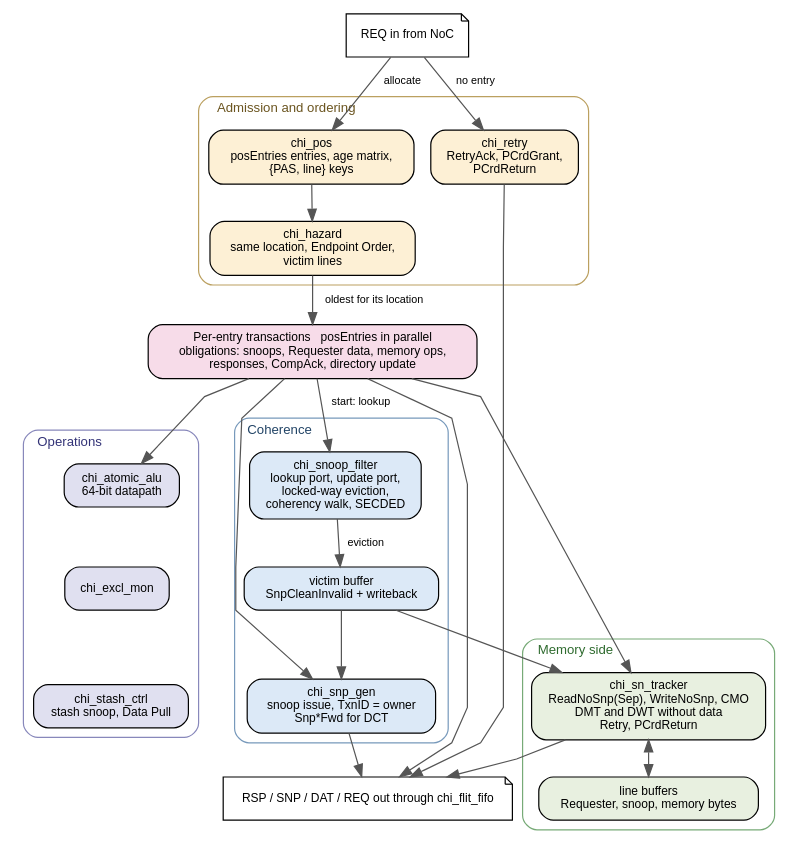
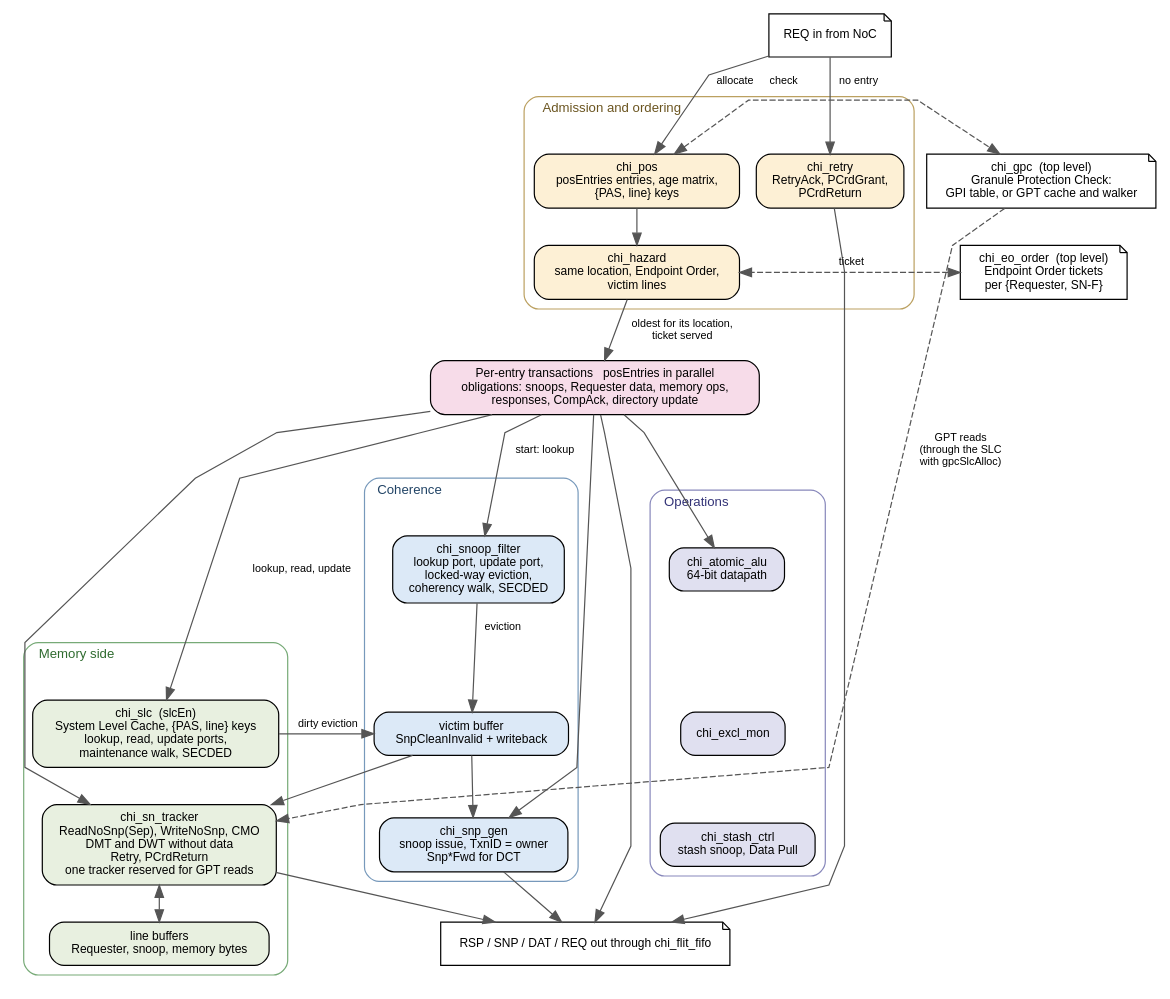
One commit to Swasthikkamath/chi_rtl changed the diagram in doc-src/figures/chi_hnf.dot. Above: the diagram before and after it, drawn with Graphviz. The commit also changed 5 other files, not shown here.

```diff
--- a/doc-src/figures/chi_hnf.dot
+++ b/doc-src/figures/chi_hnf.dot
@@ -1,76 +1,95 @@
 // Internal architecture of the coherent Home Node, chi_hnf_top.
 // Rendered by the doc target; see Makefile.
 //
 // Laid out top to bottom so the figure fits a portrait page: a request is
-// admitted or retried, allocated a POS entry, held by the hazard check until
-// it is the oldest transaction for its location, started against the
-// directory, and then runs its own obligations through the shared engines.
+// admitted or retried, allocated a POS entry and checked by the GPC, held by
+// the hazard check until it is the oldest transaction for its location (and,
+// when Endpoint-ordered, its ticket is served), started against the directory
+// and SLC, and then runs its own obligations through the shared engines. The
+// two notes on the right are top-level blocks the Home talks to.
 digraph chiHnf {
   rankdir=TB;
   splines=polyline;
   nodesep=0.2;
   ranksep=0.42;
   bgcolor="white";
   node [shape=box, style="rounded,filled", fillcolor="#f5f5f5",
         fontname="Helvetica", fontsize=10, margin="0.14,0.08"];
   edge [fontname="Helvetica", fontsize=9, color="#555555"];
   graph [fontname="Helvetica", fontsize=11, labeljust="l"];
 
   req [label="REQ in from NoC", shape=note, fillcolor="#ffffff"];
 
   subgraph cluster_admit {
     label="Admission and ordering";
     style="rounded"; color="#bba060"; fontcolor="#6b5520";
     retry  [label="chi_retry\nRetryAck, PCrdGrant,\nPCrdReturn", fillcolor="#fdf0d5"];
     pos    [label="chi_pos\nposEntries entries, age matrix,\n{PAS, line} keys", fillcolor="#fdf0d5"];
     hazard [label="chi_hazard\nsame location, Endpoint Order,\nvictim lines", fillcolor="#fdf0d5"];
   }
 
   entries [label="Per-entry transactions   posEntries in parallel\nobligations: snoops, Requester data, memory ops,\nresponses, CompAck, directory update",
     fillcolor="#f7dce9", width=3.8];
 
   subgraph cluster_coh {
     label="Coherence";
     style="rounded"; color="#7799bb"; fontcolor="#224466";
     sf     [label="chi_snoop_filter\nlookup port, update port,\nlocked-way eviction,\ncoherency walk, SECDED", fillcolor="#dce9f7"];
     snpgen [label="chi_snp_gen\nsnoop issue, TxnID = owner\nSnp*Fwd for DCT", fillcolor="#dce9f7"];
     vb     [label="victim buffer\nSnpCleanInvalid + writeback", fillcolor="#dce9f7"];
   }
 
   subgraph cluster_mem {
     label="Memory side";
     style="rounded"; color="#77aa77"; fontcolor="#2f6b2f";
-    tracker [label="chi_sn_tracker\nReadNoSnp(Sep), WriteNoSnp, CMO\nDMT and DWT without data\nRetry, PCrdReturn", fillcolor="#e8f0e0"];
+    slc     [label="chi_slc  (slcEn)\nSystem Level Cache, {PAS, line} keys\nlookup, read, update ports,\nmaintenance walk, SECDED", fillcolor="#e8f0e0"];
+    tracker [label="chi_sn_tracker\nReadNoSnp(Sep), WriteNoSnp, CMO\nDMT and DWT without data\nRetry, PCrdReturn\none tracker reserved for GPT reads", fillcolor="#e8f0e0"];
     buf     [label="line buffers\nRequester, snoop, memory bytes", fillcolor="#e8f0e0"];
   }
 
   subgraph cluster_ops {
     label="Operations";
     style="rounded"; color="#8888bb"; fontcolor="#333377";
     alu   [label="chi_atomic_alu\n64-bit datapath", fillcolor="#e0e0f0"];
     excl  [label="chi_excl_mon", fillcolor="#e0e0f0"];
     stash [label="chi_stash_ctrl\nstash snoop, Data Pull", fillcolor="#e0e0f0"];
   }
 
   out [label="RSP / SNP / DAT / REQ out through chi_flit_fifo",
     shape=note, fillcolor="#ffffff"];
 
+  // Top-level blocks the Home talks to.
+  gpc [label="chi_gpc  (top level)\nGranule Protection Check:\nGPI table, or GPT cache and walker",
+    shape=note, fillcolor="#ffffff"];
+  eo  [label="chi_eo_order  (top level)\nEndpoint Order tickets\nper {Requester, SN-F}",
+    shape=note, fillcolor="#ffffff"];
+
   req -> pos   [label="  allocate"];
   req -> retry [label="  no entry"];
   pos -> hazard;
-  hazard -> entries [label="  oldest for its location"];
+  hazard -> entries [label="  oldest for its location,\n  ticket served"];
+  pos -> gpc [label="  check", dir=both, style=dashed, constraint=false];
+  eo -> hazard [label="  ticket", dir=both, style=dashed, constraint=false];
 
   entries -> sf [label="  start: lookup"];
+  entries -> slc [label="  lookup, read, update"];
+  slc -> vb [label="  dirty eviction", constraint=false];
+  gpc -> tracker [label="  GPT reads\n  (through the SLC\n  with gpcSlcAlloc)", style=dashed, constraint=false];
   entries -> snpgen;
   sf -> vb [label="  eviction"];
   vb -> snpgen;
   entries -> tracker;
   vb -> tracker;
   tracker -> buf [dir=both];
+  // Keep the page portrait: the memory side is one column, and the two
+  // top-level notes sit beside the admission block.
+  slc -> tracker [style=invis];
+  req -> gpc [style=invis];
+  gpc -> eo [style=invis];
   entries -> alu; alu -> excl [style=invis]; excl -> stash [style=invis];
 
   snpgen -> out;
   tracker -> out;
   entries -> out;
   retry -> out;
 }
```
